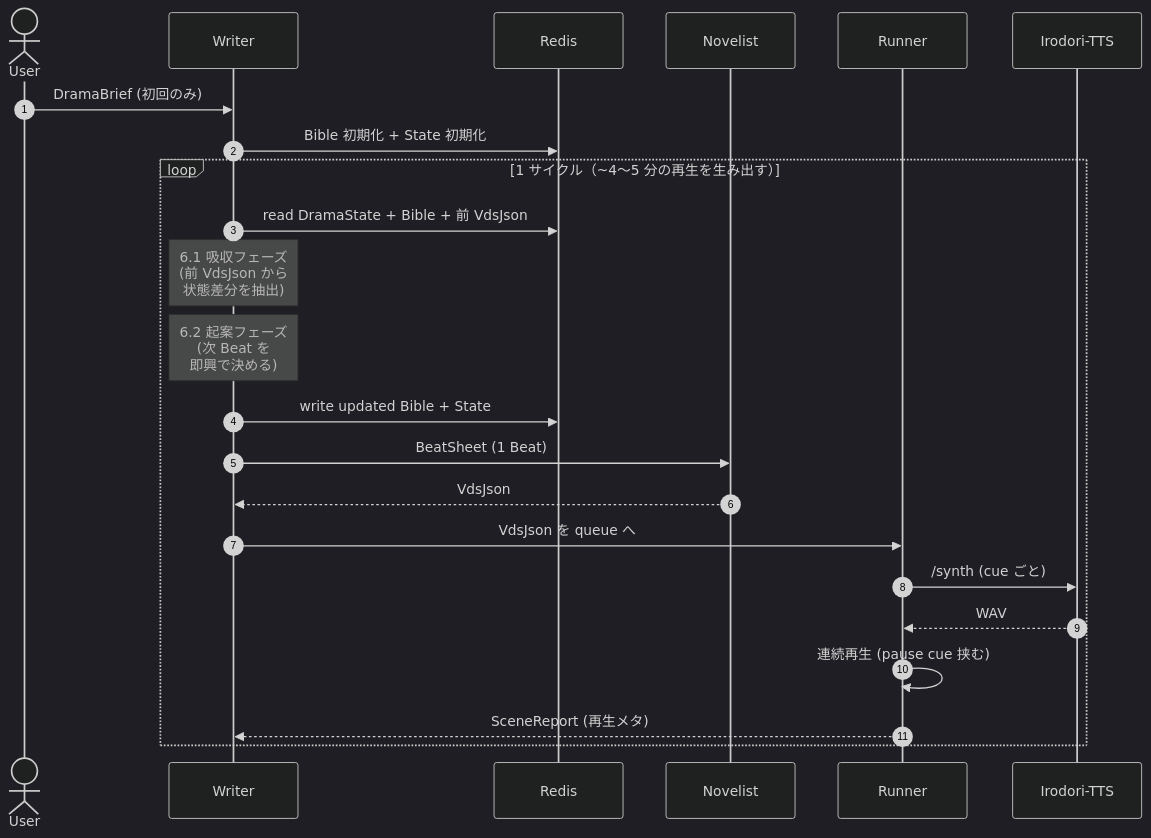
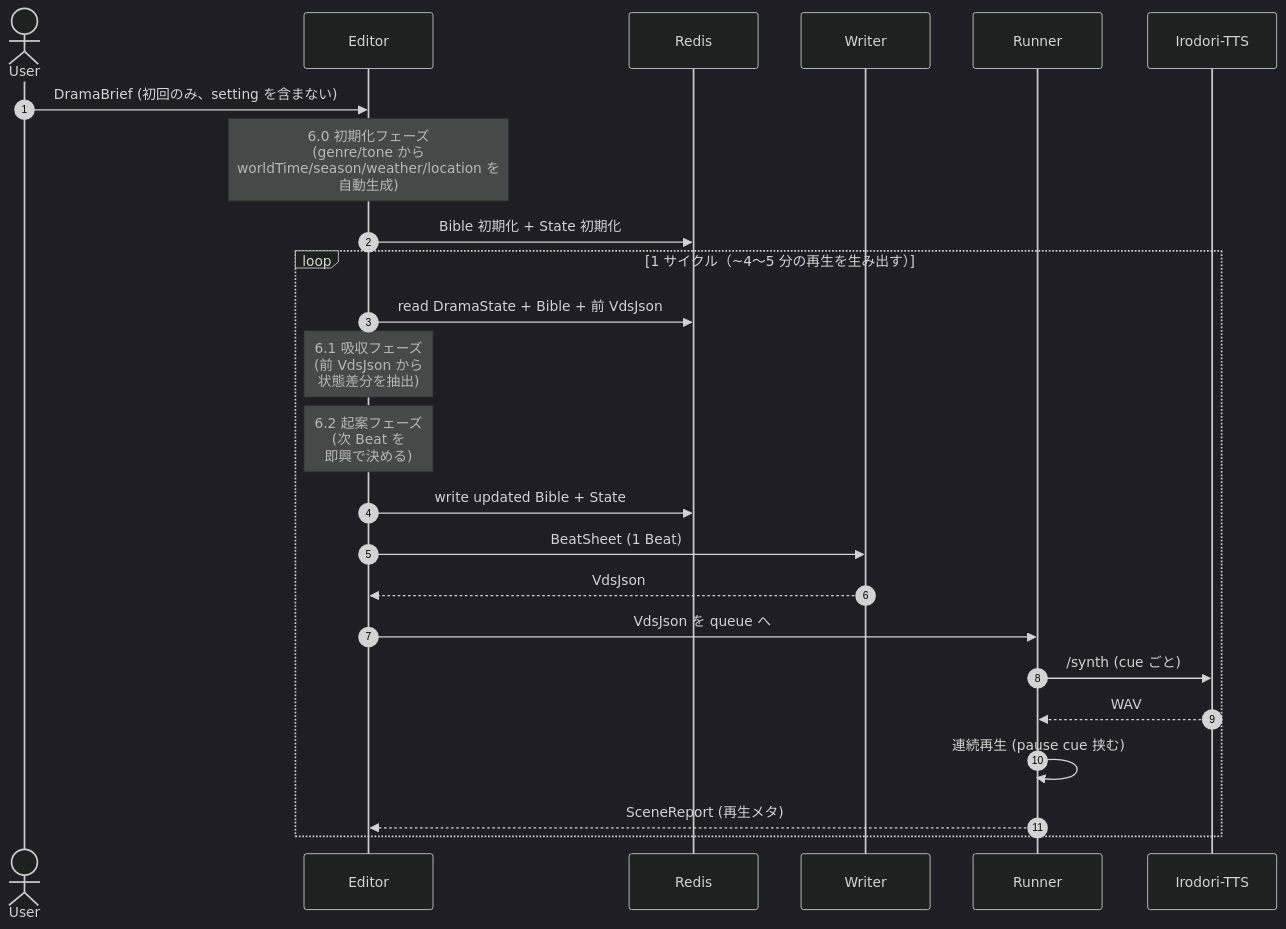
The first of 2 diagrams in docs/agent-protocol/operations.md (tkgstrator/Irodori-TTS-Discord-Bot), drawn with Mermaid (dark theme) before and after one commit. The commit also changed other lines of this file and 4 other files, not shown here.

````diff
--- a/docs/agent-protocol/operations.md
+++ b/docs/agent-protocol/operations.md
@@ -30,27 +43,28 @@
 ```mermaid
 sequenceDiagram
     autonumber
     actor User
-    participant W as Writer
+    participant W as Editor
     participant R as Redis
-    participant N as Novelist
+    participant N as Writer
     participant Run as Runner
     participant TTS as Irodori-TTS
 
-    User->>W: DramaBrief (初回のみ)
+    User->>W: DramaBrief (初回のみ、setting を含まない)
+    Note over W: 6.0 初期化フェーズ<br/>(genre/tone から<br/> worldTime/season/weather/location を<br/> 自動生成)
     W->>R: Bible 初期化 + State 初期化
 
     loop 1 サイクル（~4〜5 分の再生を生み出す）
         W->>R: read DramaState + Bible + 前 VdsJson
         Note over W: 6.1 吸収フェーズ<br/>(前 VdsJson から<br/> 状態差分を抽出)
         Note over W: 6.2 起案フェーズ<br/>(次 Beat を<br/> 即興で決める)
         W->>R: write updated Bible + State
         W->>N: BeatSheet (1 Beat)
         N-->>W: VdsJson
         W->>Run: VdsJson を queue へ
         Run->>TTS: /synth (cue ごと)
         TTS-->>Run: WAV
         Run->>Run: 連続再生 (pause cue 挟む)
         Run-->>W: SceneReport (再生メタ)
     end
 ```
````
